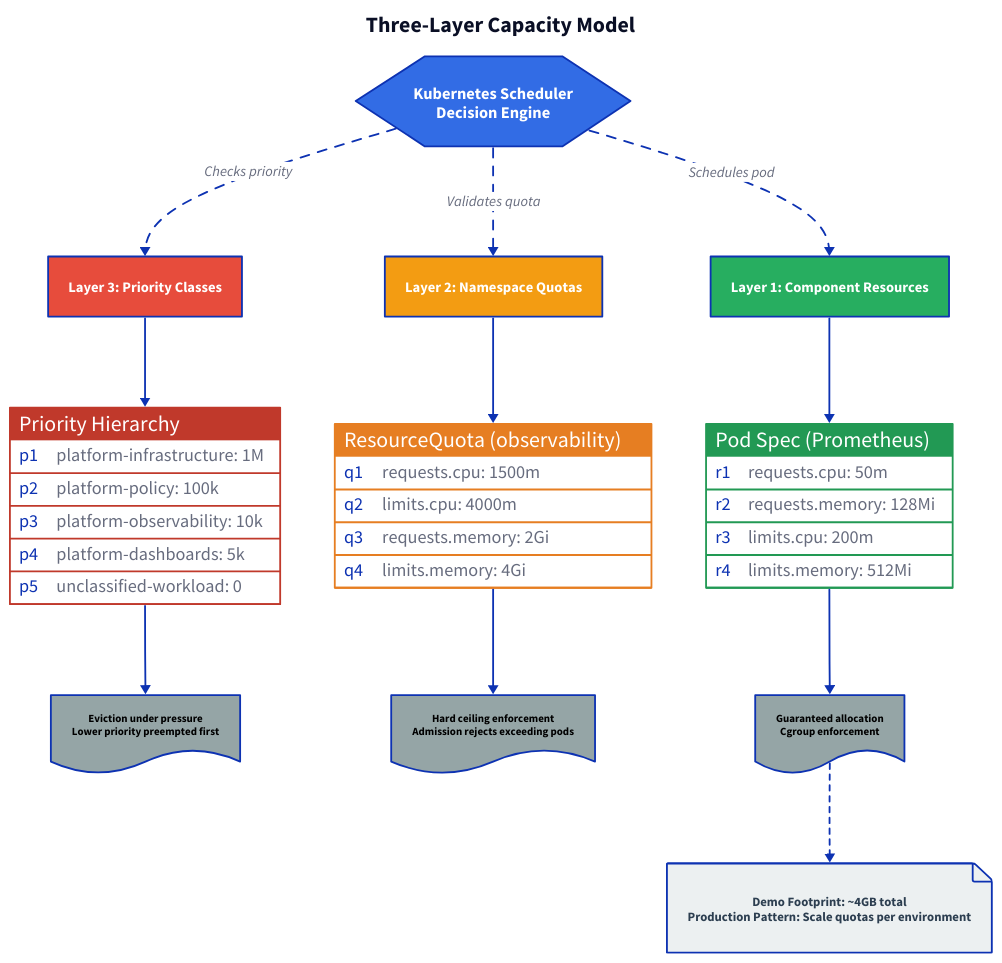
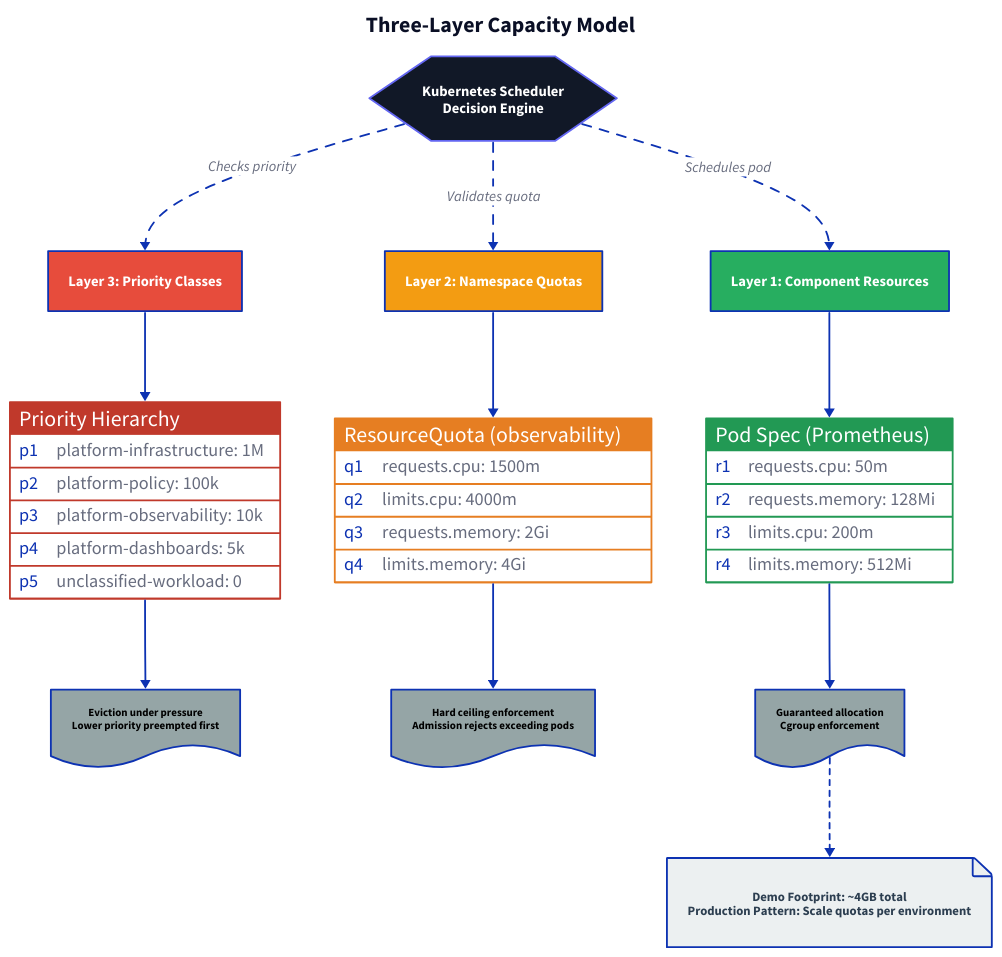
One commit to rou-cru/idp-blueprint changed the diagram in Docs/src/content/docs/assets/diagrams/operate/scaling-three-layers.d2. Above: the diagram before and after it, drawn with D2. The commit also changed 11 other files, not shown here.

Commit message:
feat: introduce new D2 architecture and operational diagrams, standardize D2 styling with classes, and add a D2 rendering script.

```diff
--- a/Docs/src/content/docs/assets/diagrams/operate/scaling-three-layers.d2
+++ b/Docs/src/content/docs/assets/diagrams/operate/scaling-three-layers.d2
@@ -1,4 +1,35 @@
 direction: down
+
+classes: {
+  control: {
+    style: {
+      fill: "#111827"
+      stroke: "#6366f1"
+      font-color: white
+    }
+  }
+  infra: {
+    style: {
+      fill: "#0f172a"
+      stroke: "#38bdf8"
+      font-color: white
+    }
+  }
+  data: {
+    style: {
+      fill: "#0f766e"
+      stroke: "#34d399"
+      font-color: white
+    }
+  }
+  workload: {
+    style: {
+      fill: "#7c3aed"
+      stroke: "#a855f7"
+      font-color: white
+    }
+  }
+}
 
 title: {
   label: "Three-Layer Capacity Model"
@@ -14,12 +45,7 @@
 scheduler: {
   shape: hexagon
   label: "Kubernetes Scheduler\nDecision Engine"
-  style: {
-    fill: "#326CE5"
-    font-color: white
-    bold: true
-    font-size: 18
-  }
+  class: control
 }
 
 # Layer 3: Priority Classes
```
